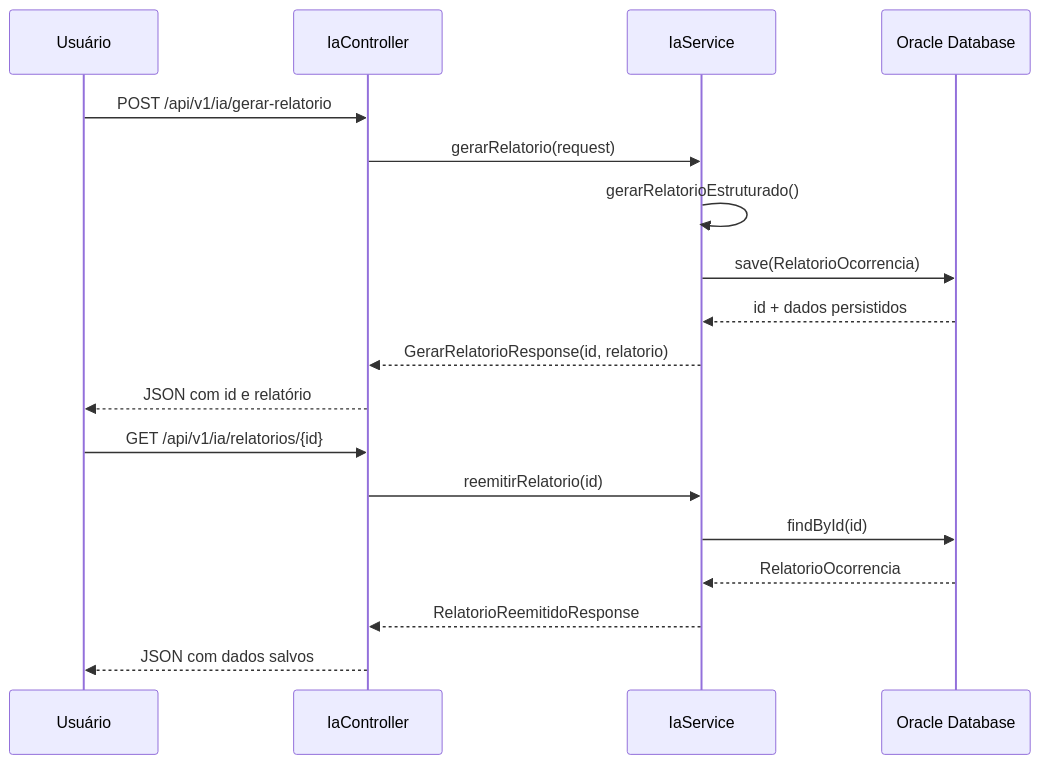
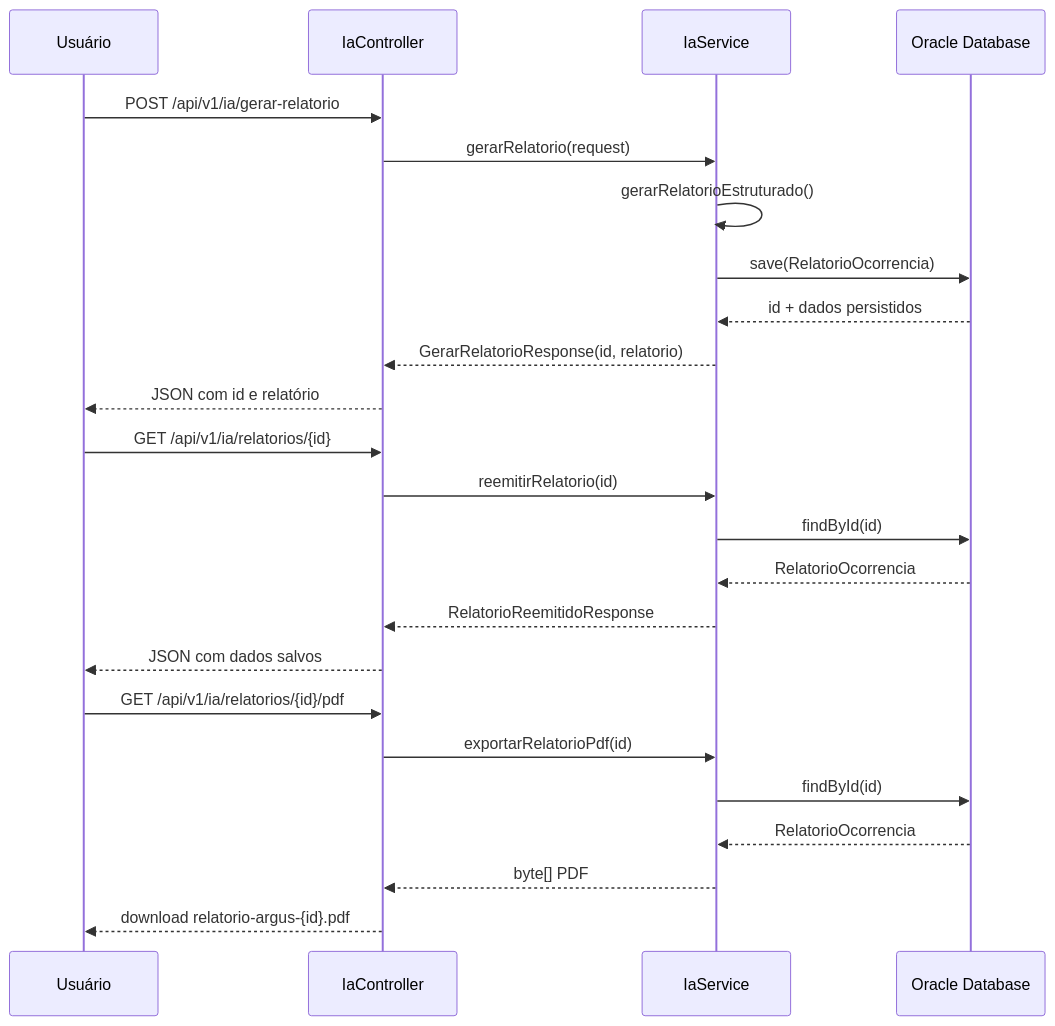
One commit to DudaAraujo14/argus-ia-spring changed the third of 4 diagrams in README.md. Above: the diagram before and after it, drawn with Mermaid. The commit also changed other lines of this file, not shown here.

Commit message:
docs: atualiza readme com status visual e exportacao pdf

````diff
--- a/README.md
+++ b/README.md
@@ -231,22 +257,29 @@
 ```mermaid
 sequenceDiagram
     participant U as Usuário
     participant API as IaController
     participant S as IaService
     participant DB as Oracle Database
 
     U->>API: POST /api/v1/ia/gerar-relatorio
     API->>S: gerarRelatorio(request)
     S->>S: gerarRelatorioEstruturado()
     S->>DB: save(RelatorioOcorrencia)
     DB-->>S: id + dados persistidos
     S-->>API: GerarRelatorioResponse(id, relatorio)
     API-->>U: JSON com id e relatório
 
     U->>API: GET /api/v1/ia/relatorios/{id}
     API->>S: reemitirRelatorio(id)
     S->>DB: findById(id)
     DB-->>S: RelatorioOcorrencia
     S-->>API: RelatorioReemitidoResponse
     API-->>U: JSON com dados salvos
+
+    U->>API: GET /api/v1/ia/relatorios/{id}/pdf
+    API->>S: exportarRelatorioPdf(id)
+    S->>DB: findById(id)
+    DB-->>S: RelatorioOcorrencia
+    S-->>API: byte[] PDF
+    API-->>U: download relatorio-argus-{id}.pdf
 ```
````
